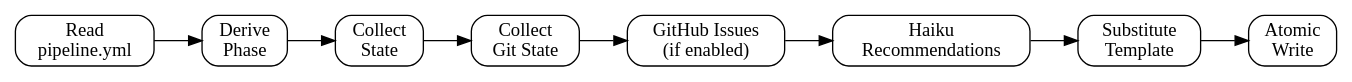
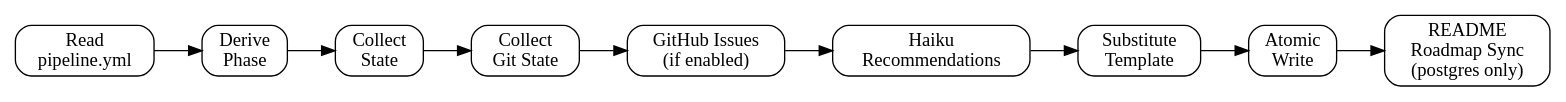
Before and after one commit to djwmobley/pipeline: the diagram in skills/dashboard/SKILL.md, drawn with Graphviz. The commit also changed other lines of this file and 8 other files, not shown here.

First line of the commit message:
feat: add three-store sync — Postgres master, GitHub mirror, README rendered view

````diff
--- a/skills/dashboard/SKILL.md
+++ b/skills/dashboard/SKILL.md
@@ -14,17 +14,19 @@
 ```dot
 digraph dashboard {
   rankdir=LR;
   node [shape=box, style=rounded];
 
   config [label="Read\npipeline.yml"];
   phase [label="Derive\nPhase"];
   state [label="Collect\nState"];
   git [label="Collect\nGit State"];
   github [label="GitHub Issues\n(if enabled)"];
   haiku [label="Haiku\nRecommendations"];
   substitute [label="Substitute\nTemplate"];
   write [label="Atomic\nWrite"];
 
-  config -> phase -> state -> git -> github -> haiku -> substitute -> write;
+  readme [label="README\nRoadmap Sync\n(postgres only)"];
+
+  config -> phase -> state -> git -> github -> haiku -> substitute -> write -> readme;
 }
 ```
````
